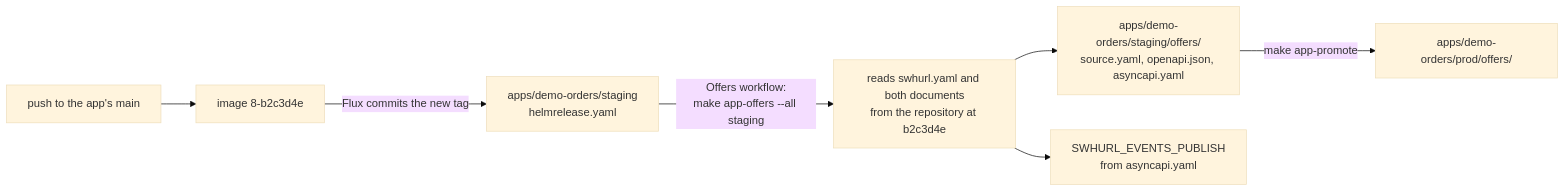
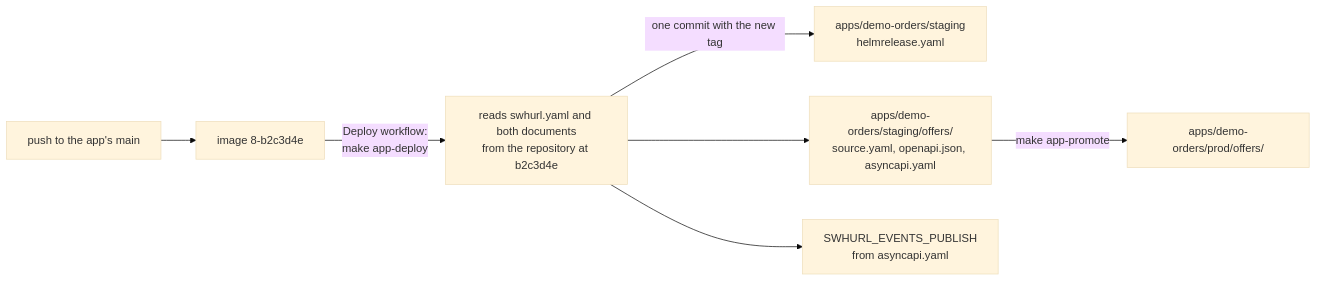
One commit to samclement/swhurl-platform changed the fifth of 10 diagrams in docs/apps.md. Above: the diagram before and after it, drawn with Mermaid (base theme). The commit also changed other lines of this file and 55 other files, not shown here.

First line of the commit message:
Staging deploys in one commit: Flux dispatches the Deploy workflow

````diff
--- a/docs/apps.md
+++ b/docs/apps.md
@@ -369,9 +369,9 @@
 ```mermaid
 flowchart LR
   push["push to the app's main"] --> image["image 8-b2c3d4e"]
-  image -->|"Flux commits the new tag"| staging["apps/demo-orders/staging<br/>helmrelease.yaml"]
-  staging -->|"Offers workflow:<br/>make app-offers --all staging"| read["reads swhurl.yaml and both documents<br/>from the repository at b2c3d4e"]
+  image -->|"Deploy workflow:<br/>make app-deploy"| read["reads swhurl.yaml and both documents<br/>from the repository at b2c3d4e"]
+  read -->|"one commit with the new tag"| staging["apps/demo-orders/staging<br/>helmrelease.yaml"]
   read --> kept["apps/demo-orders/staging/offers/<br/>source.yaml, openapi.json, asyncapi.yaml"]
   read --> publishes["SWHURL_EVENTS_PUBLISH<br/>from asyncapi.yaml"]
   kept -->|"make app-promote"| prod["apps/demo-orders/prod/offers/"]
 ```
````
